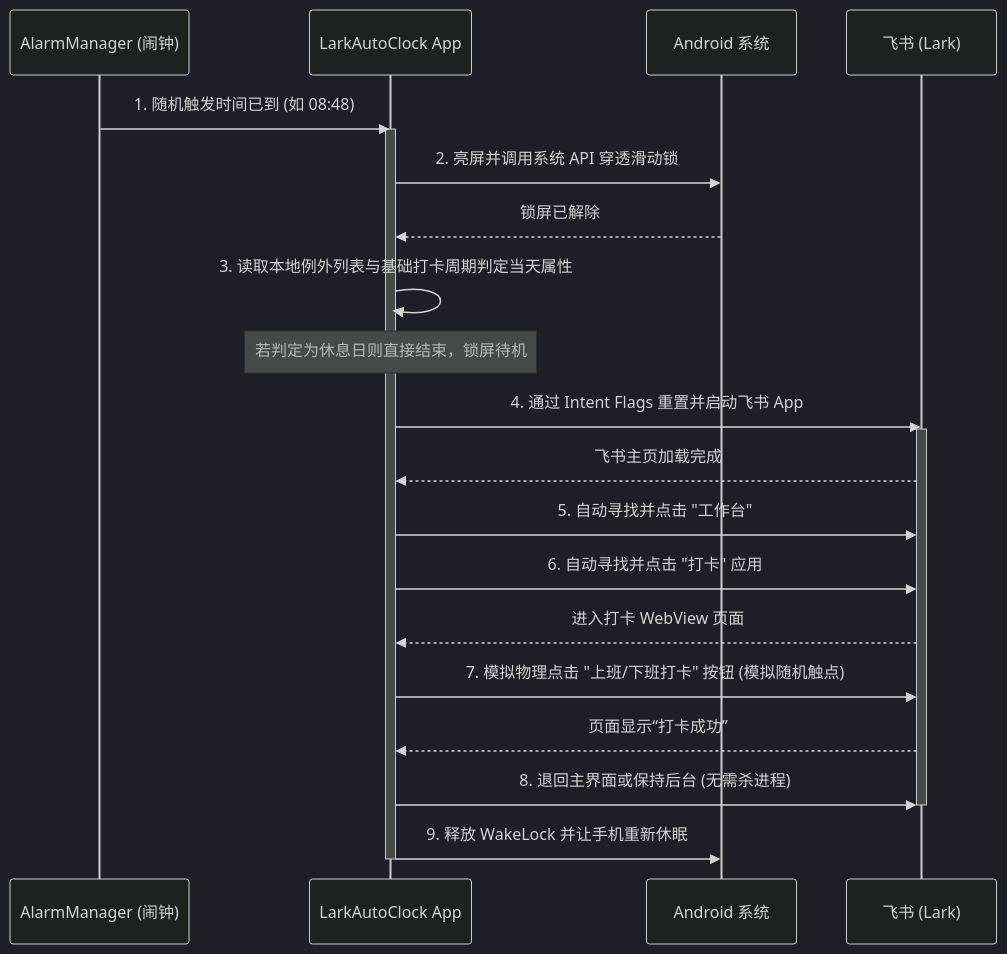
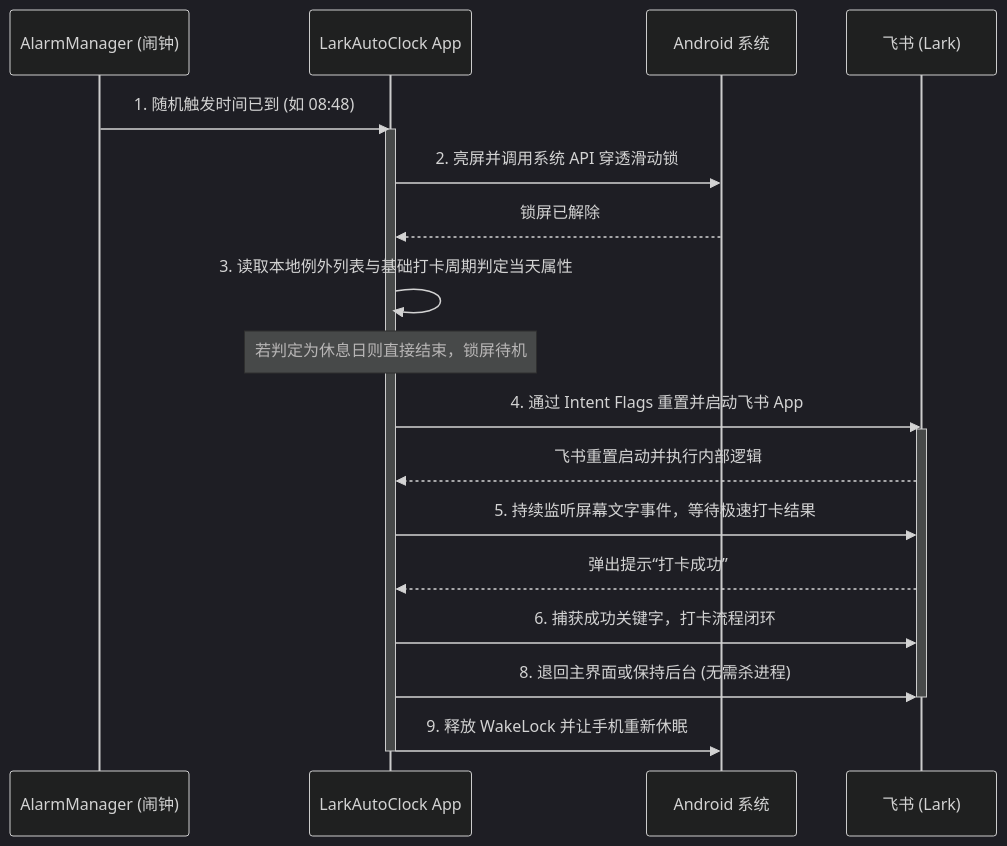
Before and after one commit to wwwtwww/autoDO: the diagram in docs/prd.md, drawn with Mermaid (dark theme). The commit also changed other lines of this file, not shown here.

````diff
--- a/docs/prd.md
+++ b/docs/prd.md
@@ -80,26 +78,24 @@
 ```mermaid
 sequenceDiagram
     participant S as AlarmManager (闹钟)
     participant A as LarkAutoClock App
     participant OS as Android 系统
     participant F as 飞书 (Lark)
 
     S->>A: 1. 随机触发时间已到 (如 08:48)
     activate A
     A->>OS: 2. 亮屏并调用系统 API 穿透滑动锁
     OS-->>A: 锁屏已解除
     A->>A: 3. 读取本地例外列表与基础打卡周期判定当天属性
     Note over A: 若判定为休息日则直接结束，锁屏待机
     A->>F: 4. 通过 Intent Flags 重置并启动飞书 App
     activate F
-    F-->>A: 飞书主页加载完成
-    A->>F: 5. 自动寻找并点击 "工作台"
-    A->>F: 6. 自动寻找并点击 "打卡" 应用
-    F-->>A: 进入打卡 WebView 页面
-    A->>F: 7. 模拟物理点击 "上班/下班打卡" 按钮 (模拟随机触点)
-    F-->>A: 页面显示“打卡成功”
+    F-->>A: 飞书重置启动并执行内部逻辑
+    A->>F: 5. 持续监听屏幕文字事件，等待极速打卡结果
+    F-->>A: 弹出提示“打卡成功”
+    A->>F: 6. 捕获成功关键字，打卡流程闭环
     A->>F: 8. 退回主界面或保持后台 (无需杀进程)
     deactivate F
     A->>OS: 9. 释放 WakeLock 并让手机重新休眠
     deactivate A
 ```
````
